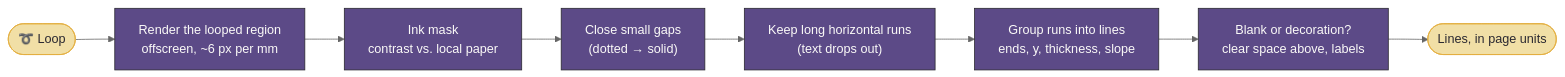
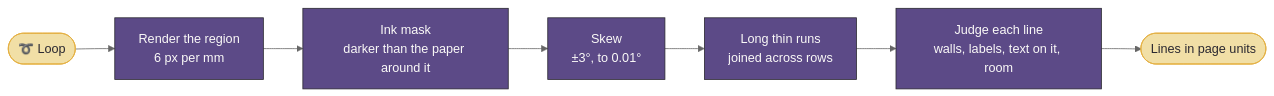
One commit to mariajunqueiramirandas-cpu/Noti changed the diagram in docs/TYPE_ON_LINES.md. Above: the diagram before and after it, drawn with Mermaid (neutral theme). The commit also changed other lines of this file and 18 other files, not shown here.

First line of the commit message:
Add Type on lines: loop the lines on a page and type onto them

````diff
--- a/docs/TYPE_ON_LINES.md
+++ b/docs/TYPE_ON_LINES.md
@@ -172,15 +105,14 @@
 ```mermaid
 flowchart LR
-    loop(["➰ Loop"]) --> render["Render the looped region<br/>offscreen, ~6 px per mm"]
-    render --> mask["Ink mask<br/>contrast vs. local paper"]
-    mask --> close["Close small gaps<br/>(dotted → solid)"]
-    close --> open["Keep long horizontal runs<br/>(text drops out)"]
-    open --> rows["Group runs into lines<br/>ends, y, thickness, slope"]
-    rows --> judge["Blank or decoration?<br/>clear space above, labels"]
-    judge --> lines(["Lines, in page units"])
+    loop(["➰ Loop"]) --> render["Render the region<br/>6 px per mm"]
+    render --> mask["Ink mask<br/>darker than the paper around it"]
+    mask --> skew["Skew<br/>±3°, to 0.01°"]
+    skew --> runs["Long thin runs<br/>joined across rows"]
+    runs --> judge["Judge each line<br/>walls, labels, text on it, room"]
+    judge --> lines(["Lines in page units"])
 
     classDef plum fill:#5C4A87,stroke:#2A2830,color:#FBFAF8
     classDef honey fill:#F1DFA6,stroke:#E3AE3F,color:#2A2830
-    class render,mask,close,open,rows,judge plum
+    class render,mask,skew,runs,judge plum
     class loop,lines honey
 ```
````
